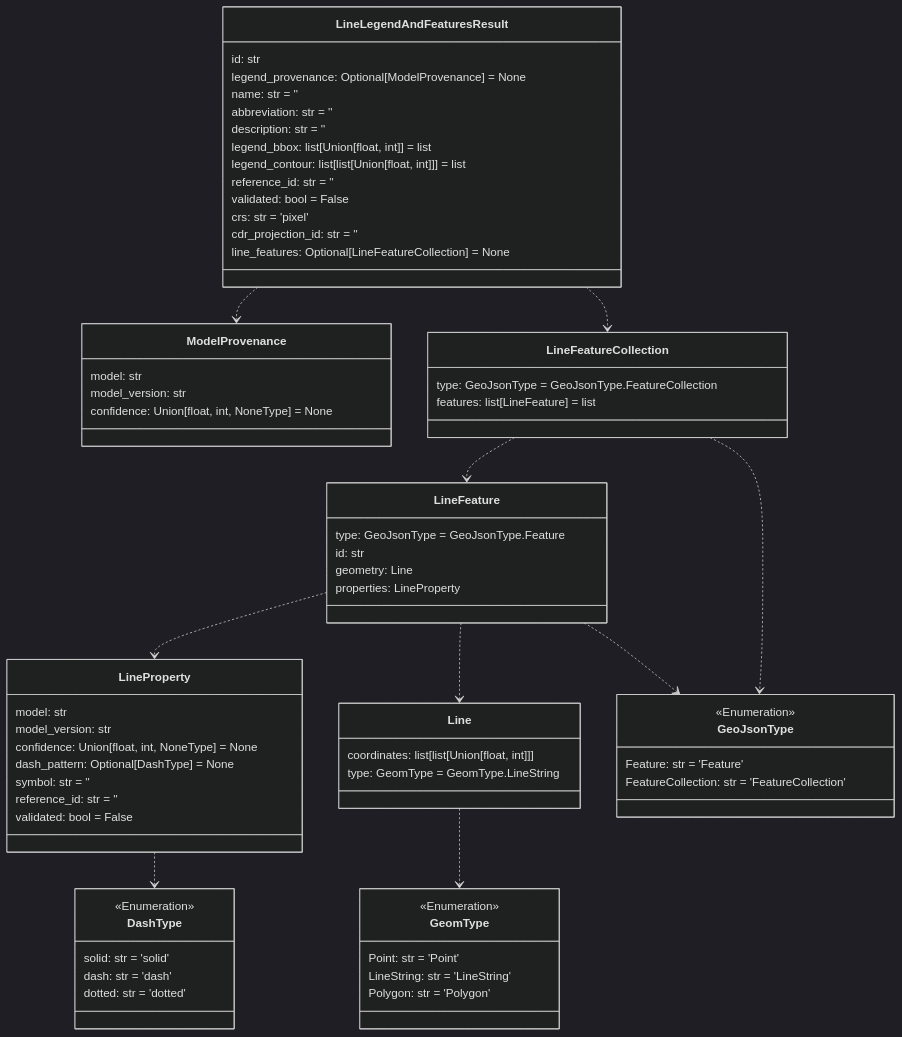
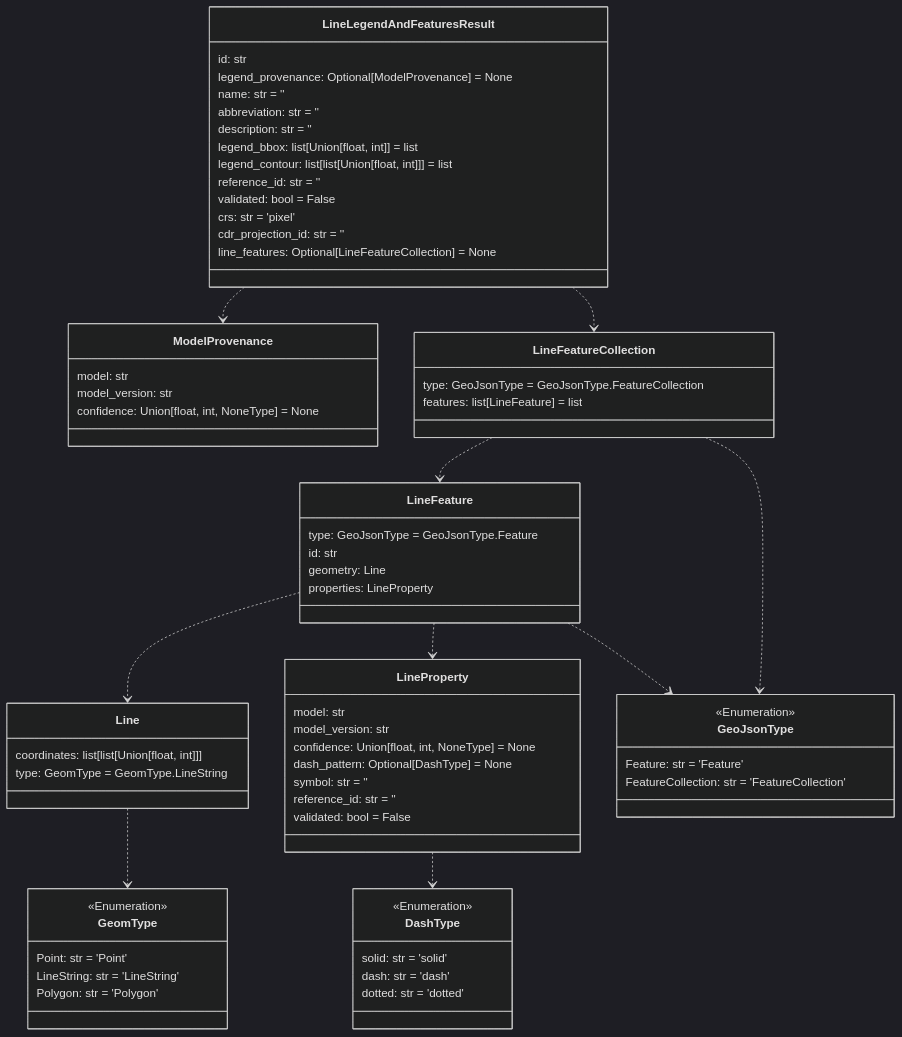
One commit to DARPA-CRITICALMAAS/cdr_schemas changed the sixth of 14 diagrams in README.md. Above: the diagram before and after it, drawn with Mermaid (dark theme). The commit also changed other lines of this file and 1 other file, not shown here.

````diff
--- a/README.md
+++ b/README.md
@@ -452,83 +452,83 @@
 ```mermaid
 classDiagram
+
+    class Line {
+        coordinates: list[list[Union[float, int]]]
+        type: GeomType = GeomType.LineString
+    }
+
+    class DashType {
+        <<Enumeration>>
+        solid: str = 'solid'
+        dash: str = 'dash'
+        dotted: str = 'dotted'
+    }
+
+    class ModelProvenance {
+        model: str
+        model_version: str
+        confidence: Union[float, int, NoneType] = None
+    }
+
+    class GeomType {
+        <<Enumeration>>
+        Point: str = 'Point'
+        LineString: str = 'LineString'
+        Polygon: str = 'Polygon'
+    }
 
     class LineProperty {
         model: str
         model_version: str
         confidence: Union[float, int, NoneType] = None
         dash_pattern: Optional[DashType] = None
         symbol: str = ''
         reference_id: str = ''
         validated: bool = False
+    }
+
+    class LineFeature {
+        type: GeoJsonType = GeoJsonType.Feature
+        id: str
+        geometry: Line
+        properties: LineProperty
+    }
+
+    class LineFeatureCollection {
+        type: GeoJsonType = GeoJsonType.FeatureCollection
+        features: list[LineFeature] = list
+    }
+
+    class GeoJsonType {
+        <<Enumeration>>
+        Feature: str = 'Feature'
+        FeatureCollection: str = 'FeatureCollection'
     }
 
     class LineLegendAndFeaturesResult {
         id: str
         legend_provenance: Optional[ModelProvenance] = None
         name: str = ''
         abbreviation: str = ''
         description: str = ''
         legend_bbox: list[Union[float, int]] = list
         legend_contour: list[list[Union[float, int]]] = list
         reference_id: str = ''
         validated: bool = False
         crs: str = 'pixel'
         cdr_projection_id: str = ''
         line_features: Optional[LineFeatureCollection] = None
     }
 
-    class Line {
-        coordinates: list[list[Union[float, int]]]
-        type: GeomType = GeomType.LineString
-    }
-
-    class GeomType {
-        <<Enumeration>>
-        Point: str = 'Point'
-        LineString: str = 'LineString'
-        Polygon: str = 'Polygon'
-    }
-
-    class ModelProvenance {
-        model: str
-        model_version: str
-        confidence: Union[float, int, NoneType] = None
-    }
-
-    class LineFeature {
-        type: GeoJsonType = GeoJsonType.Feature
-        id: str
-        geometry: Line
-        properties: LineProperty
-    }
-
-    class DashType {
-        <<Enumeration>>
-        solid: str = 'solid'
-        dash: str = 'dash'
-        dotted: str = 'dotted'
-    }
-
-    class GeoJsonType {
-        <<Enumeration>>
-        Feature: str = 'Feature'
-        FeatureCollection: str = 'FeatureCollection'
-    }
-
-    class LineFeatureCollection {
-        type: GeoJsonType = GeoJsonType.FeatureCollection
-        features: list[LineFeature] = list
-    }
-
     Line ..> GeomType
     LineProperty ..> DashType
+    LineFeature ..> Line
     LineFeature ..> LineProperty
     LineFeature ..> GeoJsonType
-    LineFeature ..> Line
+    LineFeatureCollection ..> LineFeature
     LineFeatureCollection ..> GeoJsonType
-    LineFeatureCollection ..> LineFeature
+    LineLegendAndFeaturesResult ..> LineFeatureCollection
     LineLegendAndFeaturesResult ..> ModelProvenance
-    LineLegendAndFeaturesResult ..> LineFeatureCollection
 
 
 ```
````
